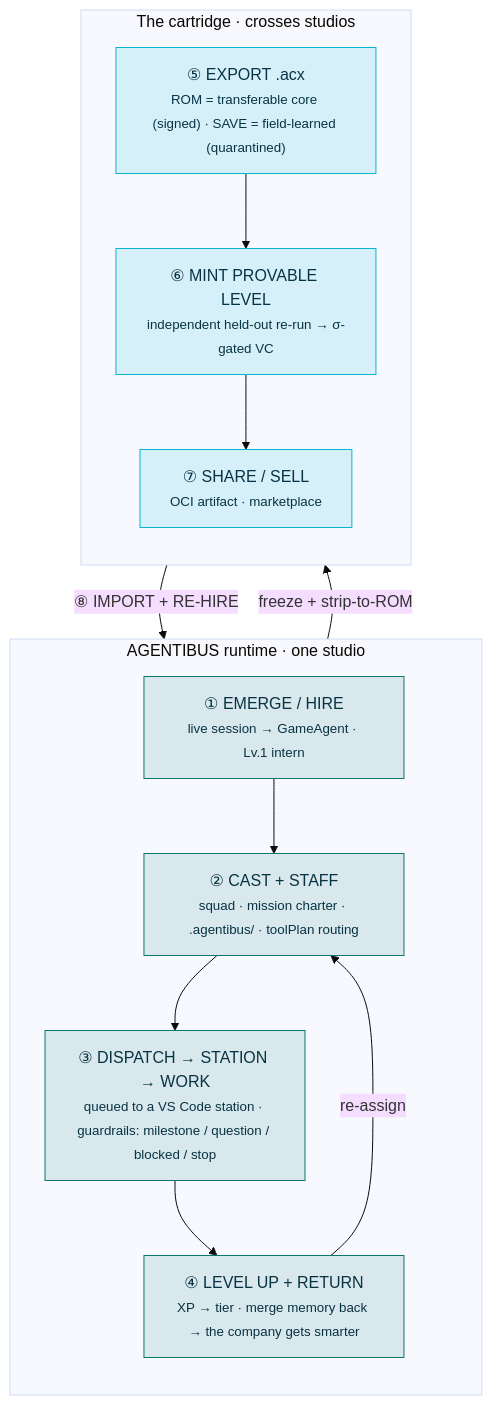
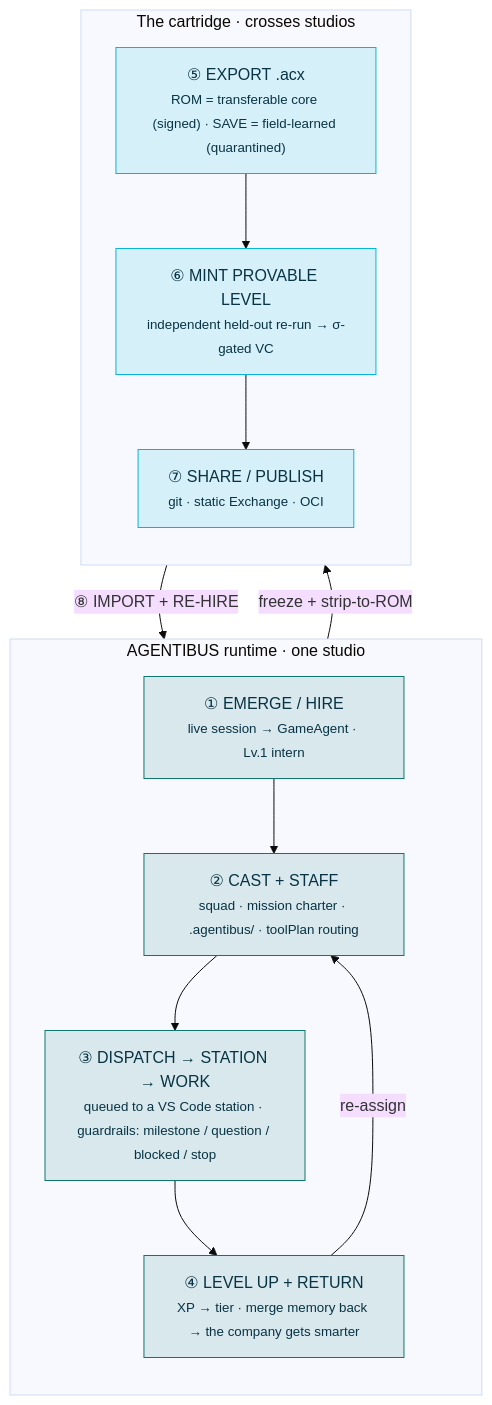
The diagram in docs-site/docs/lifecycle/company-loop.md (lboel/acx), drawn with Mermaid (base theme) before and after one commit. The commit also changed other lines of this file and 108 other files, not shown here.

````diff
--- a/docs-site/docs/lifecycle/company-loop.md
+++ b/docs-site/docs/lifecycle/company-loop.md
@@ -15,28 +21,28 @@
 ```mermaid
 flowchart TB
     subgraph AB["AGENTIBUS runtime · one studio"]
       direction TB
       E["① EMERGE / HIRE<br/><small>live session → GameAgent · Lv.1 intern</small>"]
       A["② CAST + STAFF<br/><small>squad · mission charter · .agentibus/ · toolPlan routing</small>"]
       D["③ DISPATCH → STATION → WORK<br/><small>queued to a VS Code station · guardrails: milestone / question / blocked / stop</small>"]
       L["④ LEVEL UP + RETURN<br/><small>XP → tier · merge memory back → the company gets smarter</small>"]
       E --> A --> D --> L
       L -->|re-assign| A
     end
 
     subgraph CART["The cartridge · crosses studios"]
       direction TB
       X["⑤ EXPORT .acx<br/><small>ROM = transferable core (signed) · SAVE = field-learned (quarantined)</small>"]
       P["⑥ MINT PROVABLE LEVEL<br/><small>independent held-out re-run → σ-gated VC</small>"]
-      S["⑦ SHARE / SELL<br/><small>OCI artifact · marketplace</small>"]
+      S["⑦ SHARE / PUBLISH<br/><small>git · static Exchange · OCI</small>"]
       X --> P --> S
     end
 
     L -->|freeze + strip-to-ROM| X
     S -->|⑧ IMPORT + RE-HIRE| E
 
     classDef ab fill:#0f766e22,stroke:#0f766e,color:#083344;
     classDef ct fill:#06b6d422,stroke:#06b6d4,color:#083344;
     class E,A,D,L ab;
     class X,P,S ct;
 ```
````
